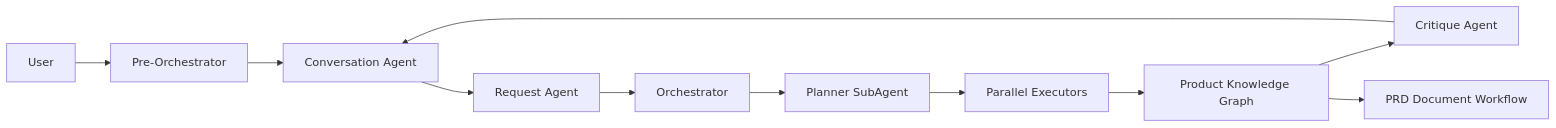
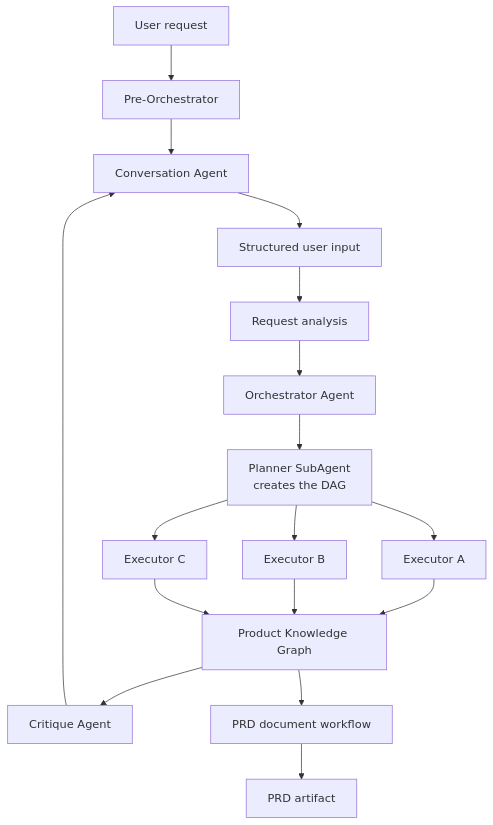
Before and after one commit to MetaBrain-Labs/meta-pm-agent: the diagram in README.md, drawn with Mermaid. The commit also changed other lines of this file and 16 other files, not shown here.

````diff
--- a/README.md
+++ b/README.md
@@ -23,13 +70,19 @@
 ```mermaid
-flowchart LR
-    U["User"] --> PO["Pre-Orchestrator"]
+flowchart TD
+    U["User request"] --> PO["Pre-Orchestrator"]
     PO --> C["Conversation Agent"]
-    C --> R["Request Agent"]
-    R --> O["Orchestrator"]
-    O --> P["Planner SubAgent"]
-    P --> E["Parallel Executors"]
-    E --> K["Product Knowledge Graph"]
+    C --> UI["Structured user input"]
+    UI --> R["Request analysis"]
+    R --> O["Orchestrator Agent"]
+    O --> P["Planner SubAgent<br/>creates the DAG"]
+    P --> E1["Executor A"]
+    P --> E2["Executor B"]
+    P --> E3["Executor C"]
+    E1 --> K["Product Knowledge Graph"]
+    E2 --> K
+    E3 --> K
     K --> Q["Critique Agent"]
-    K --> D["PRD Document Workflow"]
     Q --> C
+    K --> D["PRD document workflow"]
+    D --> PRD["PRD artifact"]
 ```
````
